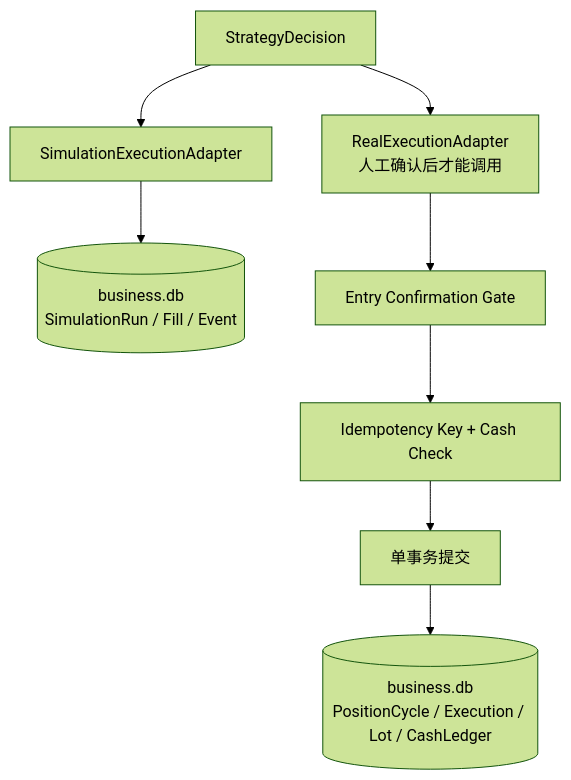
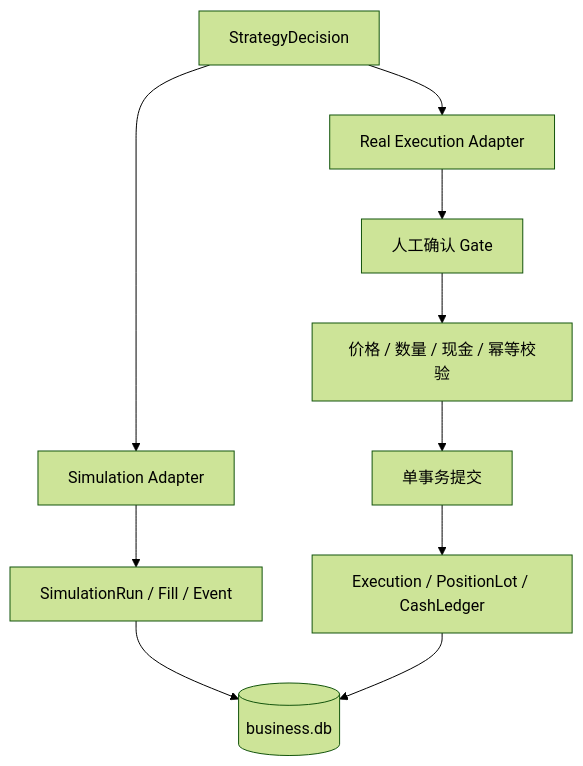
Before and after one commit to fewhg3yhjt/stock-data-analyse: the eighth of 10 diagrams in docs/TARGET_ARCHITECTURE.md, drawn with Mermaid (forest theme). The commit also changed other lines of this file and 1 other file, not shown here.

Commit message:
docs: reset target architecture for new project

````diff
--- a/docs/TARGET_ARCHITECTURE.md
+++ b/docs/TARGET_ARCHITECTURE.md
@@ -523,11 +539,13 @@
 ```mermaid
 flowchart TB
     DECISION[StrategyDecision]
-    DECISION --> SIMADAPTER[SimulationExecutionAdapter]
-    DECISION --> REALADAPTER[RealExecutionAdapter\n人工确认后才能调用]
-    SIMADAPTER --> SIMDB[(business.db\nSimulationRun / Fill / Event)]
-    REALADAPTER --> GATE[Entry Confirmation Gate]
-    GATE --> IDEMP[Idempotency Key + Cash Check]
-    IDEMP --> TX[单事务提交]
-    TX --> REALDB[(business.db\nPositionCycle / Execution / Lot / CashLedger)]
+    DECISION --> SIM[Simulation Adapter]
+    DECISION --> REAL[Real Execution Adapter]
+    SIM --> SIMRUN[SimulationRun / Fill / Event]
+    SIMRUN --> BDB[(business.db)]
+    REAL --> CONFIRM[人工确认 Gate]
+    CONFIRM --> VALIDATE[价格 / 数量 / 现金 / 幂等校验]
+    VALIDATE --> TX[单事务提交]
+    TX --> EXEC[Execution / PositionLot / CashLedger]
+    EXEC --> BDB
 ```
````
